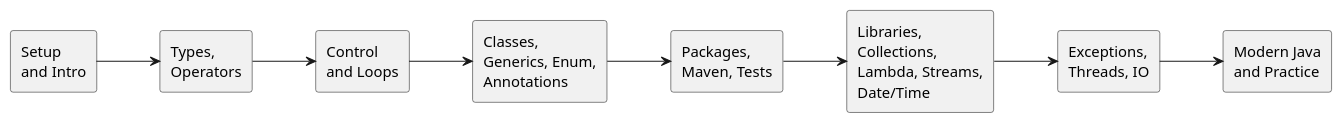
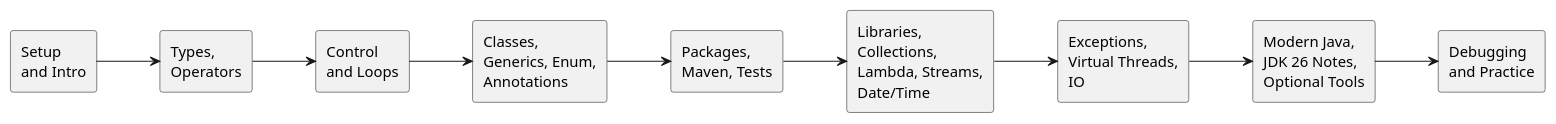
The diagram in sphinx/java-intro/source/index.rst (oneoffcoder/books), drawn with PlantUML before and after one commit. The commit also changed other lines of this file and 21 other files, not shown here.

Commit message:
Modernize Java book for JDK 25

```diff
--- a/sphinx/java-intro/source/index.rst
+++ b/sphinx/java-intro/source/index.rst
@@ -40,21 +40,23 @@
 .. uml::
 
    @startuml
    left to right direction
    skinparam shadowing false
    rectangle "Setup\nand Intro" as setup
    rectangle "Types,\nOperators" as syntax
    rectangle "Control\nand Loops" as flow
    rectangle "Classes,\nGenerics, Enum,\nAnnotations" as oop
    rectangle "Packages,\nMaven, Tests" as project
    rectangle "Libraries,\nCollections,\nLambda, Streams,\nDate/Time" as libraries
-   rectangle "Exceptions,\nThreads, IO" as runtime
-   rectangle "Modern Java\nand Practice" as practice
+   rectangle "Exceptions,\nVirtual Threads,\nIO" as runtime
+   rectangle "Modern Java,\nJDK 26 Notes,\nOptional Tools" as modern
+   rectangle "Debugging\nand Practice" as practice
    setup --> syntax
    syntax --> flow
    flow --> oop
    oop --> project
    project --> libraries
    libraries --> runtime
-   runtime --> practice
+   runtime --> modern
+   modern --> practice
    @enduml
```
